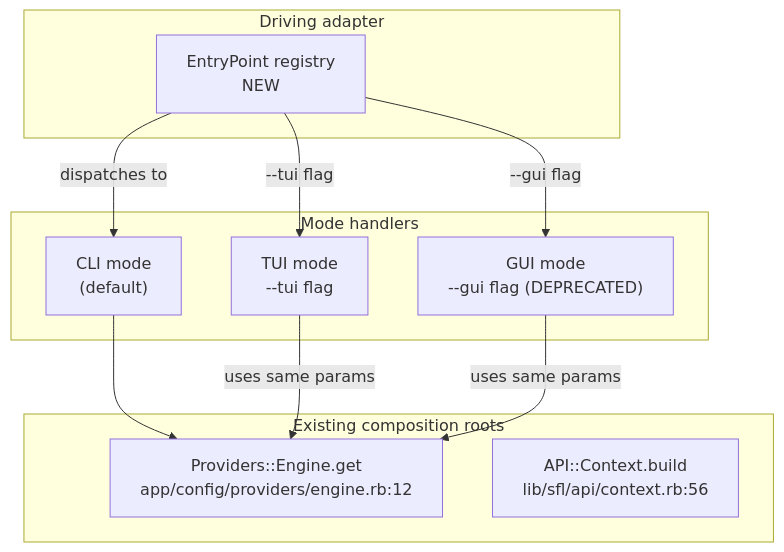
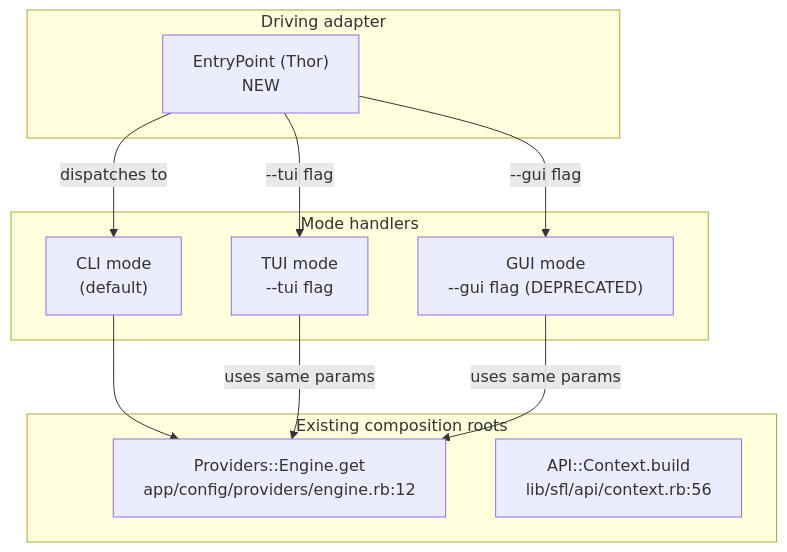
Before and after one commit to b08x/sfl-engine: the diagram in docs/refactor/CLI-HEXAGON-USER-STORIES.md, drawn with Mermaid. The commit also changed other lines of this file, not shown here.

First line of the commit message:
📝 docs: revise CLI hexagon stories for Thor dispatch and binstub deletion

````diff
--- a/docs/refactor/CLI-HEXAGON-USER-STORIES.md
+++ b/docs/refactor/CLI-HEXAGON-USER-STORIES.md
@@ -94,24 +94,24 @@
 ```mermaid
 flowchart TB
   subgraph DRIVING["Driving adapter"]
-    ENTRY["EntryPoint registry<br/>NEW"]
+    ENTRY["EntryPoint (Thor)<br/>NEW"]
   end
 
   subgraph MODES["Mode handlers"]
     CLI["CLI mode<br/>(default)"]
     TUI["TUI mode<br/>--tui flag"]
     GUI["GUI mode<br/>--gui flag (DEPRECATED)"]
   end
 
   subgraph ROOT["Existing composition roots"]
     PRV["Providers::Engine.get<br/>app/config/providers/engine.rb:12"]
     CTX["API::Context.build<br/>lib/sfl/api/context.rb:56"]
   end
 
   ENTRY -->|"dispatches to"| CLI
   ENTRY -->|"--tui flag"| TUI
   ENTRY -->|"--gui flag"| GUI
   CLI --> PRV
   TUI -->|"uses same params"| PRV
   GUI -->|"uses same params"| PRV
 ```
````
